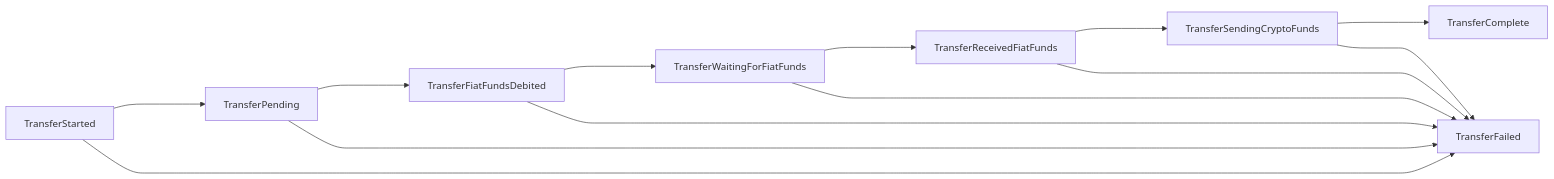
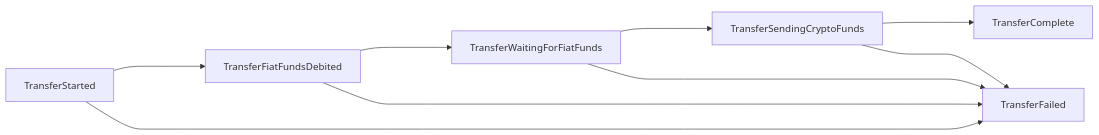
One commit to fiatconnect/specification changed the first of 2 diagrams in fiatconnect-api.md. Above: the diagram before and after it, drawn with Mermaid. The commit also changed other lines of this file, not shown here.

````diff
--- a/fiatconnect-api.md
+++ b/fiatconnect-api.md
@@ -1730,16 +1730,12 @@
 ```mermaid
 graph LR
-   TransferStarted---->TransferPending
-   TransferPending---->TransferFiatFundsDebited
+   TransferStarted---->TransferFiatFundsDebited
    TransferFiatFundsDebited---->TransferWaitingForFiatFunds
-   TransferWaitingForFiatFunds---->TransferReceivedFiatFunds
-   TransferReceivedFiatFunds---->TransferSendingCryptoFunds
+   TransferWaitingForFiatFunds---->TransferSendingCryptoFunds
    TransferSendingCryptoFunds---->TransferComplete
 
    TransferStarted---->TransferFailed
-   TransferPending---->TransferFailed
    TransferFiatFundsDebited---->TransferFailed
    TransferWaitingForFiatFunds---->TransferFailed
-   TransferReceivedFiatFunds---->TransferFailed
    TransferSendingCryptoFunds---->TransferFailed
 ```
````
